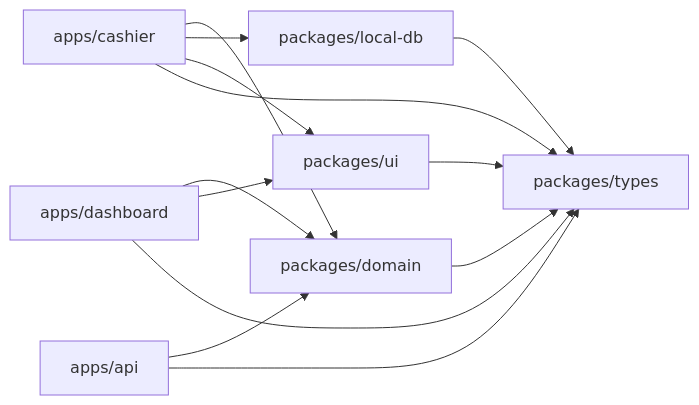
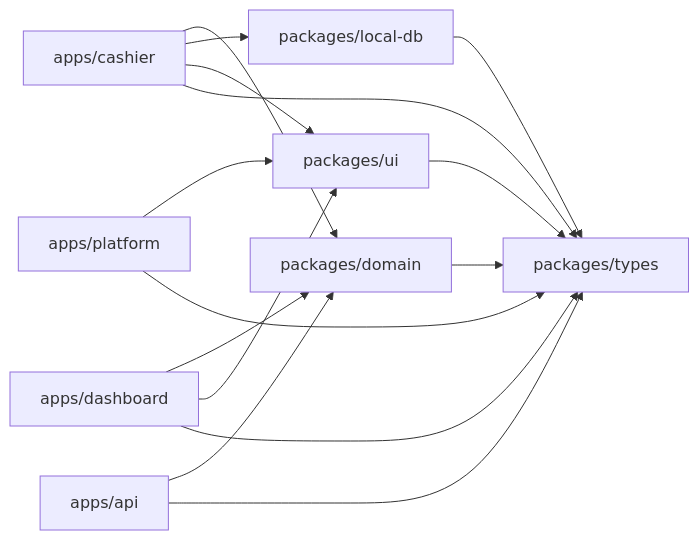
Before and after one commit to asafruddin/project-pos: the first of 3 diagrams in _bmad-output/planning-artifacts/architecture/architecture-pos-apps-2026-08-05/ARCHITECTURE-SPINE.md, drawn with Mermaid. The commit also changed other lines of this file and 66 other files, not shown here.

````diff
--- a/_bmad-output/planning-artifacts/architecture/architecture-pos-apps-2026-08-05/ARCHITECTURE-SPINE.md
+++ b/_bmad-output/planning-artifacts/architecture/architecture-pos-apps-2026-08-05/ARCHITECTURE-SPINE.md
@@ -66,23 +66,26 @@
 ```mermaid
 flowchart LR
   cashier[apps/cashier]
   dashboard[apps/dashboard]
+  platform[apps/platform]
   api[apps/api]
   domain[packages/domain]
   localdb[packages/local-db]
   uilib[packages/ui]
   types[packages/types]
 
   cashier --> domain
   cashier --> localdb
   cashier --> uilib
   cashier --> types
   dashboard --> domain
   dashboard --> uilib
   dashboard --> types
+  platform --> uilib
+  platform --> types
   api --> domain
   api --> types
   localdb --> types
   uilib --> types
   domain --> types
 ```
````
